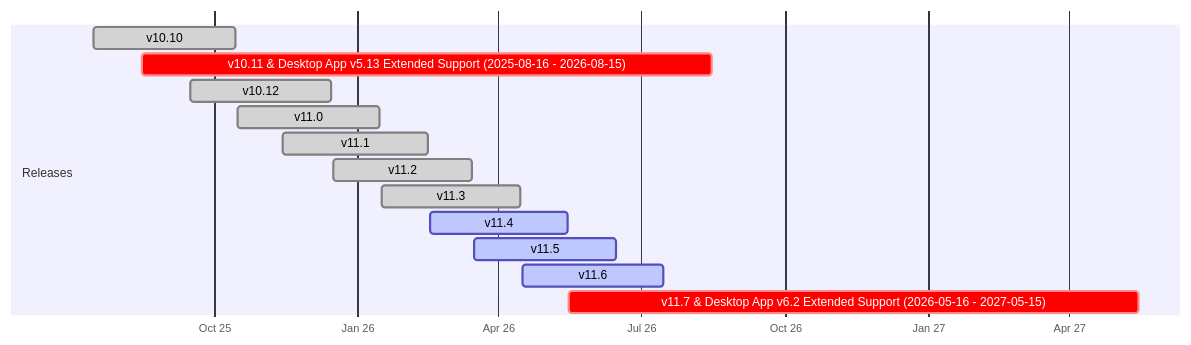
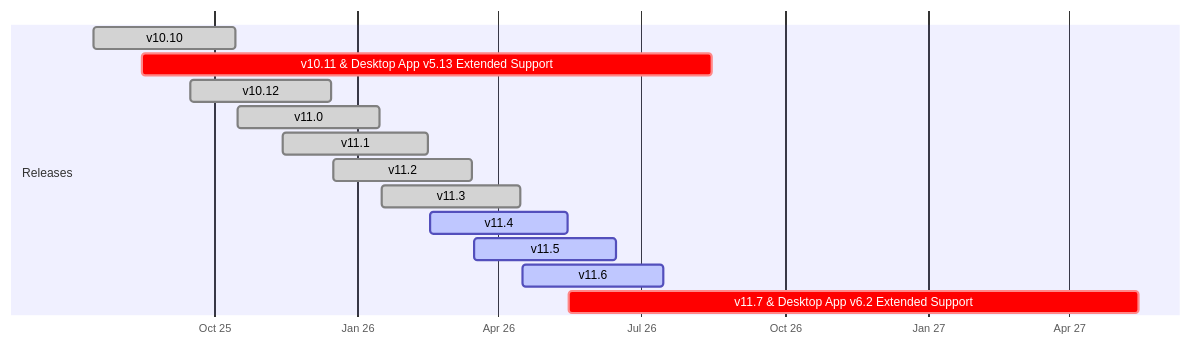
Before and after one commit to mattermost/docs: the diagram in source/product-overview/release-policy.md, drawn with Mermaid.

````diff
--- a/source/product-overview/release-policy.md
+++ b/source/product-overview/release-policy.md
@@ -44,19 +44,19 @@
 ```{mermaid}
 
 gantt
     dateFormat  YYYY-MM-DD
     axisFormat  %b %y
 
     section Releases
     v10.10                 :done, 2025-07-16, 2025-10-15
-    v10.11 & Desktop App v5.13 Extended Support (2025-08-16 - 2026-08-15) :crit,    2025-08-16, 2026-08-15
+    v10.11 & Desktop App v5.13 Extended Support :crit,    2025-08-16, 2026-08-15
     v10.12                 :done, 2025-09-16, 2025-12-15
     v11.0                  :done, 2025-10-16, 2026-01-15
     v11.1                  :done, 2025-11-14, 2026-02-15
     v11.2                  :done, 2025-12-16, 2026-03-15
     v11.3                  :done, 2026-01-16, 2026-04-15
     v11.4                  :active, 2026-02-16, 2026-05-15
     v11.5                  :active, 2026-03-16, 2026-06-15
     v11.6                  :active, 2026-04-16, 2026-07-15
-    v11.7 & Desktop App v6.2 Extended Support (2026-05-16 - 2027-05-15) :crit,    2026-05-16, 2027-05-15
+    v11.7 & Desktop App v6.2 Extended Support :crit,    2026-05-16, 2027-05-15
 ```
````
